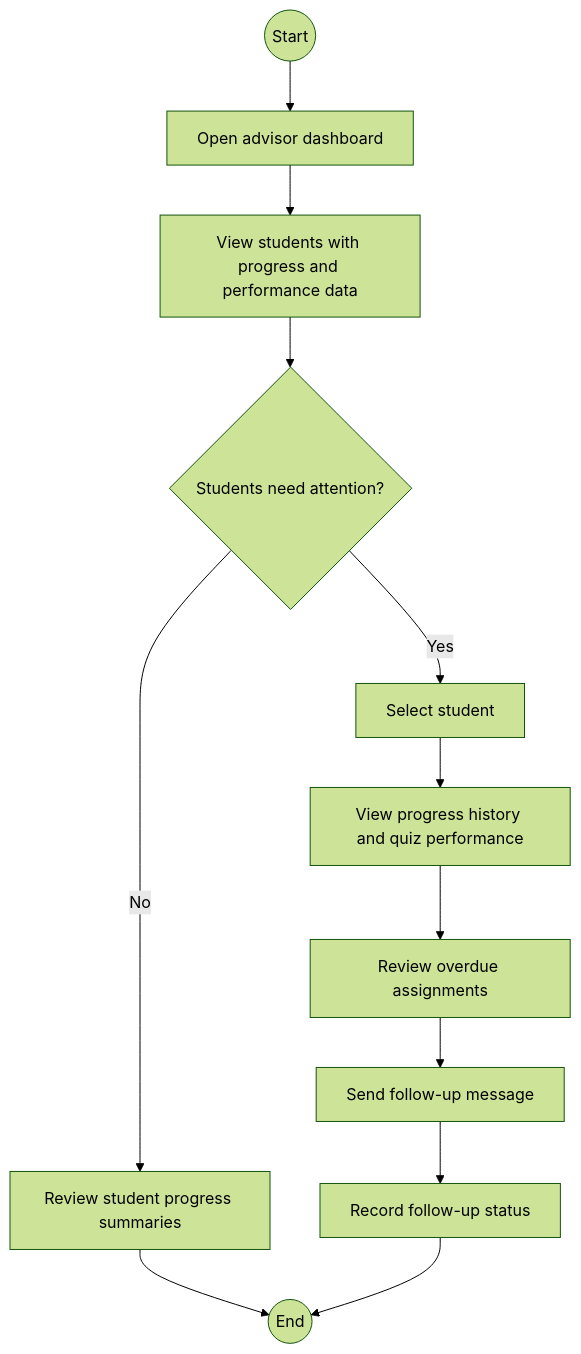
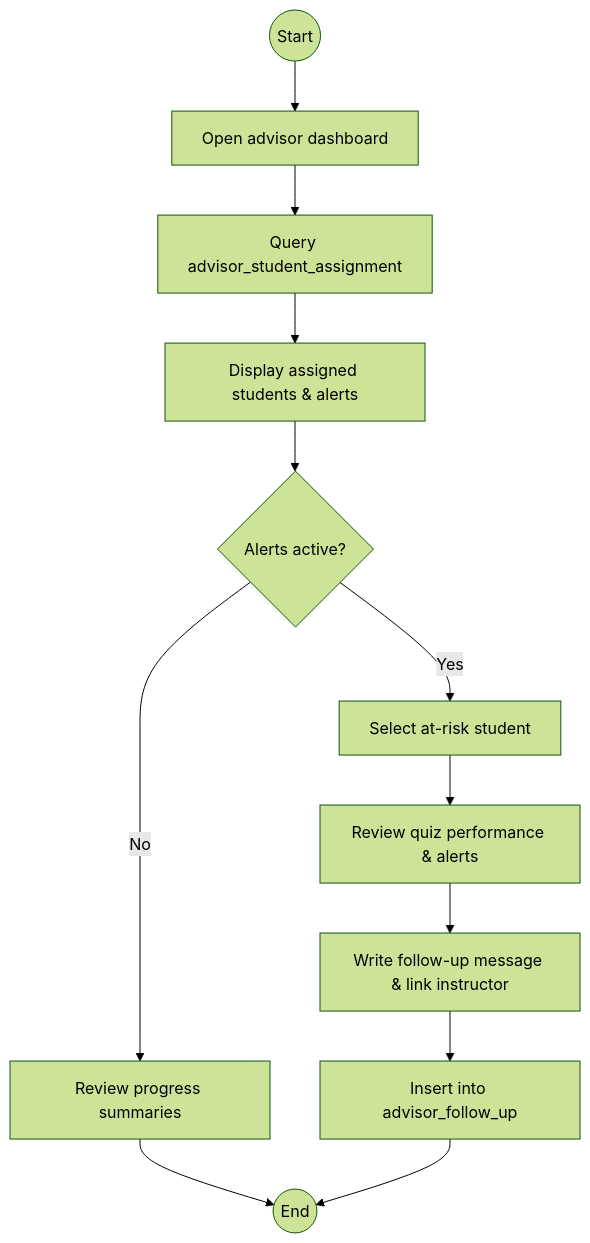
One commit to wingkit123/QuestLearn changed diagram 14 of 15 in part-i/Use-Cases.md. Above: the diagram before and after it, drawn with Mermaid (forest theme). The commit also changed other lines of this file and 2 other files, not shown here.

Commit message:
docs: holistic consistency audit updates for Admin, Advisor, and Instructor actors

````diff
--- a/part-i/Use-Cases.md
+++ b/part-i/Use-Cases.md
@@ -537,14 +537,14 @@
 ```mermaid
 flowchart TD
     A((Start)) --> B[Open advisor dashboard]
-    B --> C[View students with progress and performance data]
-    C --> D{Students need attention?}
-    D -- No --> E[Review student progress summaries]
-    E --> Z((End))
-    D -- Yes --> F[Select student]
-    F --> G[View progress history and quiz performance]
-    G --> H[Review overdue assignments]
-    H --> I[Send follow-up message]
-    I --> J[Record follow-up status]
-    J --> Z((End))
+    B --> C[Query advisor_student_assignment]
+    C --> D[Display assigned students & alerts]
+    D --> E{Alerts active?}
+    E -- No --> F[Review progress summaries]
+    F --> Z((End))
+    E -- Yes --> G[Select at-risk student]
+    G --> H[Review quiz performance & alerts]
+    H --> I[Write follow-up message & link instructor]
+    I --> J[Insert into advisor_follow_up]
+    J --> Z
 ```
````
